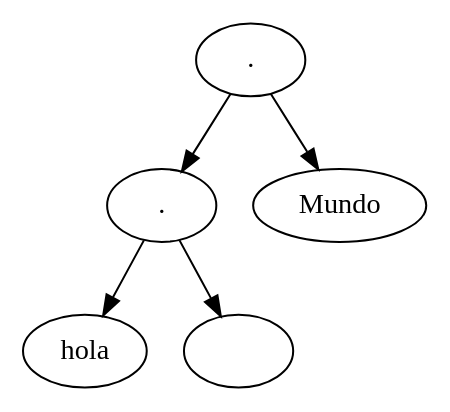
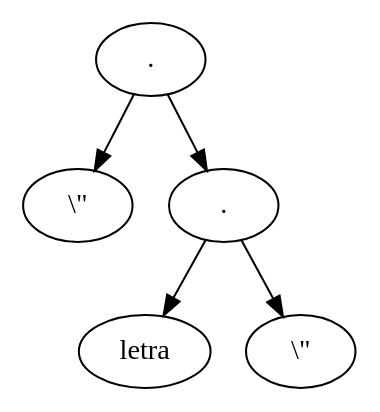
One commit to walterjav19/OLC1_202111718_Proyecto1 changed the diagram in src/main/java/Arboles/Arbol_Sintactico4.dot. Above: the diagram before and after it, drawn with Graphviz. The commit also changed 13 other files, not shown here.

```diff
--- a/src/main/java/Arboles/Arbol_Sintactico4.dot
+++ b/src/main/java/Arboles/Arbol_Sintactico4.dot
@@ -1,14 +1,14 @@
 digraph Arbol_Sintactico{
 
 node0[label = "."];
 node0 -> node00
-node00[label = "."];
-node00 -> node000
-node000[label = "hola"];
-node00 -> node001
-node001[label = " "];
+node00[label = "\\\""];
 node0 -> node01
-node01[label = "Mundo"];
+node01[label = "."];
+node01 -> node010
+node010[label = "letra"];
+node01 -> node011
+node011[label = "\\\""];
 
 
 }
```
